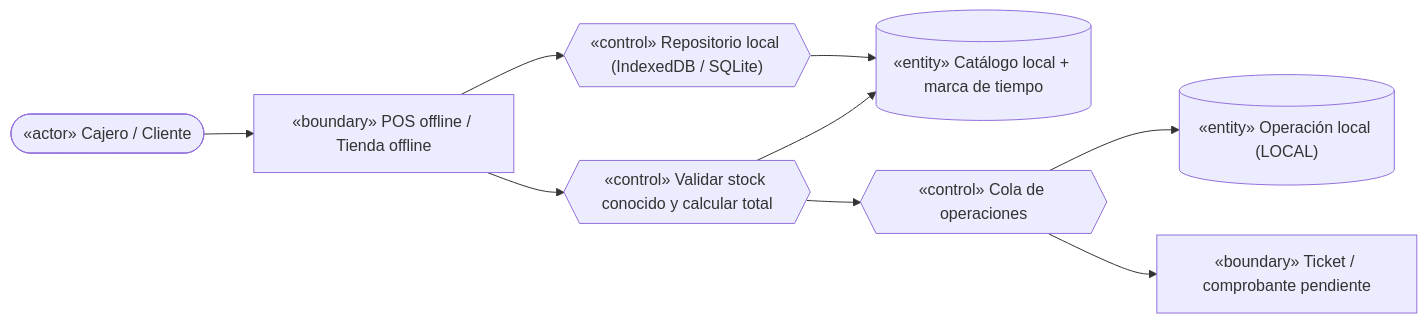
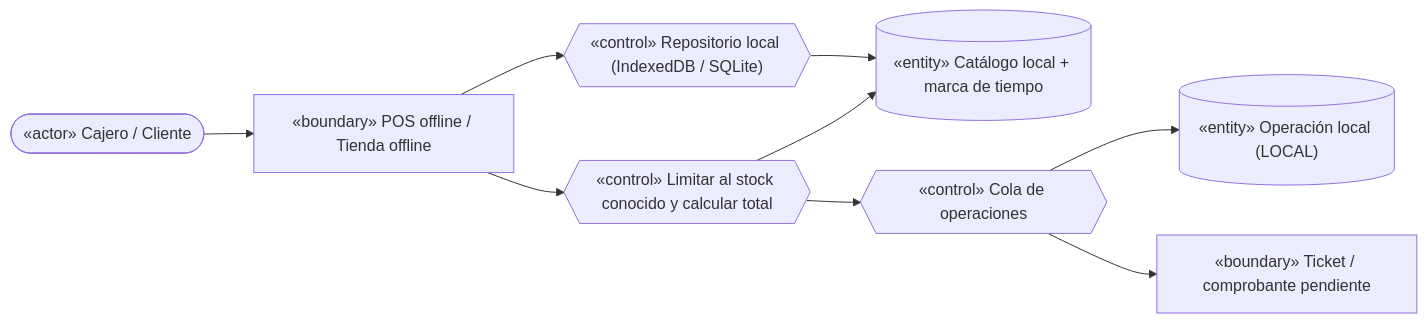
Before and after one commit to BrayanG123/parcial_actualizado: the fifth of 26 diagrams in docs/ICONIX_Parcial2.md, drawn with Mermaid. The commit also changed other lines of this file and 1 other file, not shown here.

````diff
--- a/docs/ICONIX_Parcial2.md
+++ b/docs/ICONIX_Parcial2.md
@@ -338,11 +390,11 @@
 ```mermaid
 flowchart LR
   A(["«actor» Cajero / Cliente"]) --> B1["«boundary» POS offline / Tienda offline"]
   B1 --> C1{{"«control» Repositorio local (IndexedDB / SQLite)"}}
   C1 --> E1[("«entity» Catálogo local + marca de tiempo")]
-  B1 --> C2{{"«control» Validar stock conocido y calcular total"}}
+  B1 --> C2{{"«control» Limitar al stock conocido y calcular total"}}
   C2 --> E1
   C2 --> C3{{"«control» Cola de operaciones"}}
   C3 --> E2[("«entity» Operación local (LOCAL)")]
   C3 --> B2["«boundary» Ticket / comprobante pendiente"]
 ```
````
